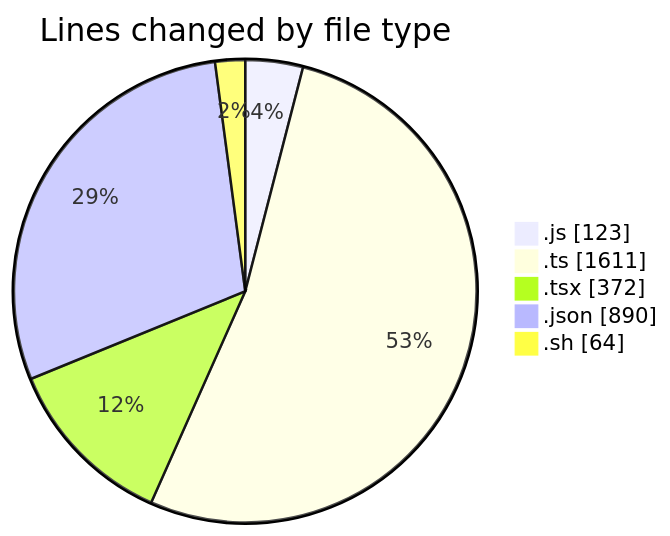
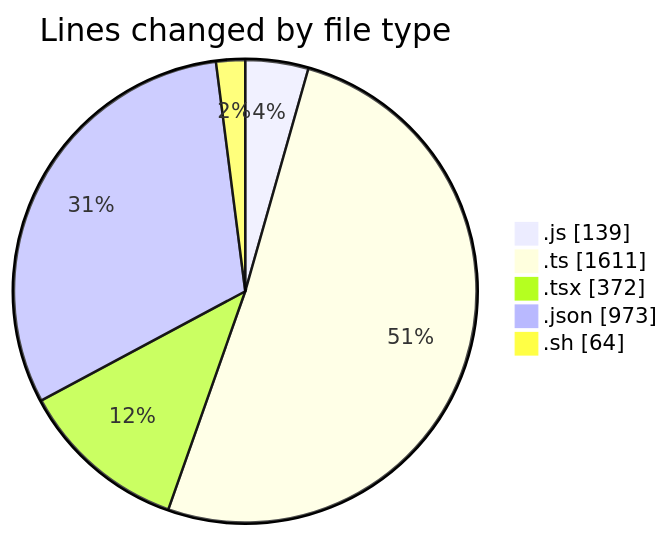
One commit to EIIisD/code-tracking changed the first of 2 diagrams in 2025-07-14/ribbon/README.md. Above: the diagram before and after it, drawn with Mermaid. The commit also changed other lines of this file and 1 other file, not shown here.

````diff
--- a/2025-07-14/ribbon/README.md
+++ b/2025-07-14/ribbon/README.md
@@ -38,9 +38,9 @@
 ```mermaid
 pie showData
 title Lines changed by file type
-".js" : 123
+".js" : 139
 ".ts" : 1611
 ".tsx" : 372
-".json" : 890
+".json" : 973
 ".sh" : 64
 ```
````
